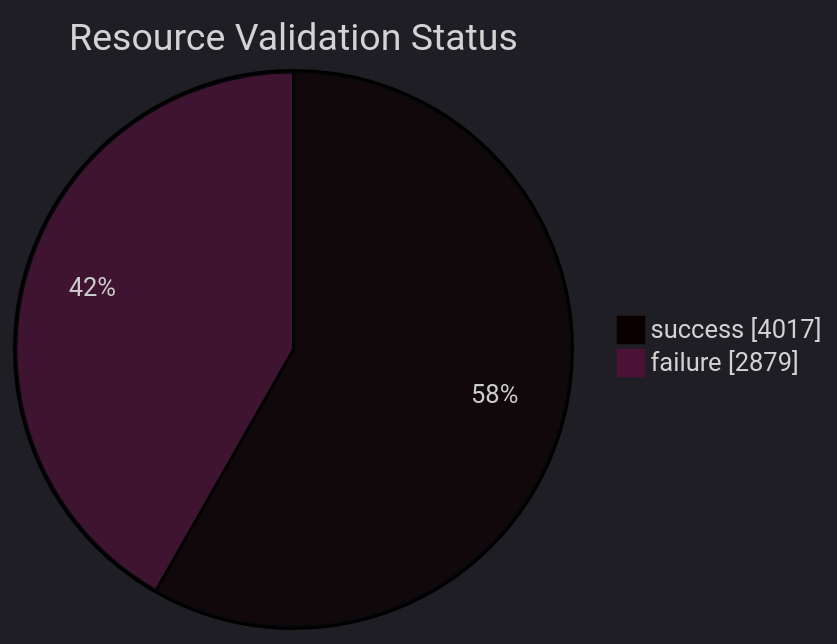
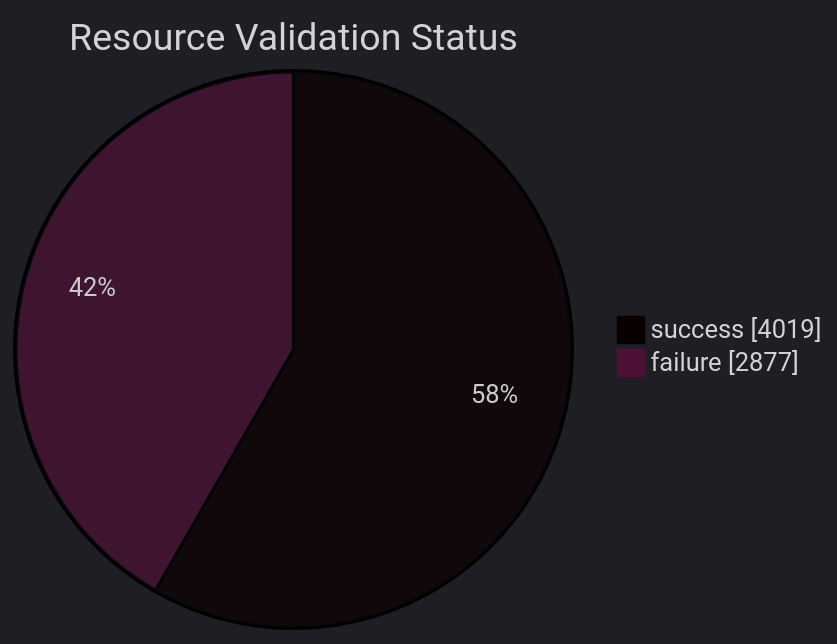
Before and after one commit to open-data/analytics-corporate-reporting: the diagram in datastore_tracker/resource_validation_status_pie_chart.md, drawn with Mermaid. The commit also changed 15 other files, not shown here.

````diff
--- a/datastore_tracker/resource_validation_status_pie_chart.md
+++ b/datastore_tracker/resource_validation_status_pie_chart.md
@@ -2,9 +2,9 @@
 ```mermaid
 ---
 config:
   theme: dark
 ---
 pie showData title Resource Validation Status
-    "success": 4017
-    "failure": 2879
+    "success": 4019
+    "failure": 2877
 ```
````
